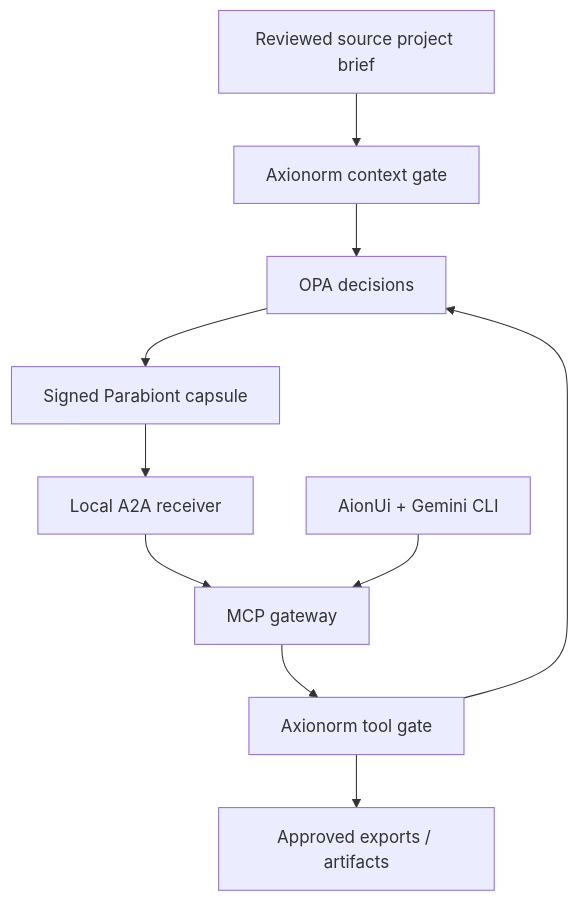
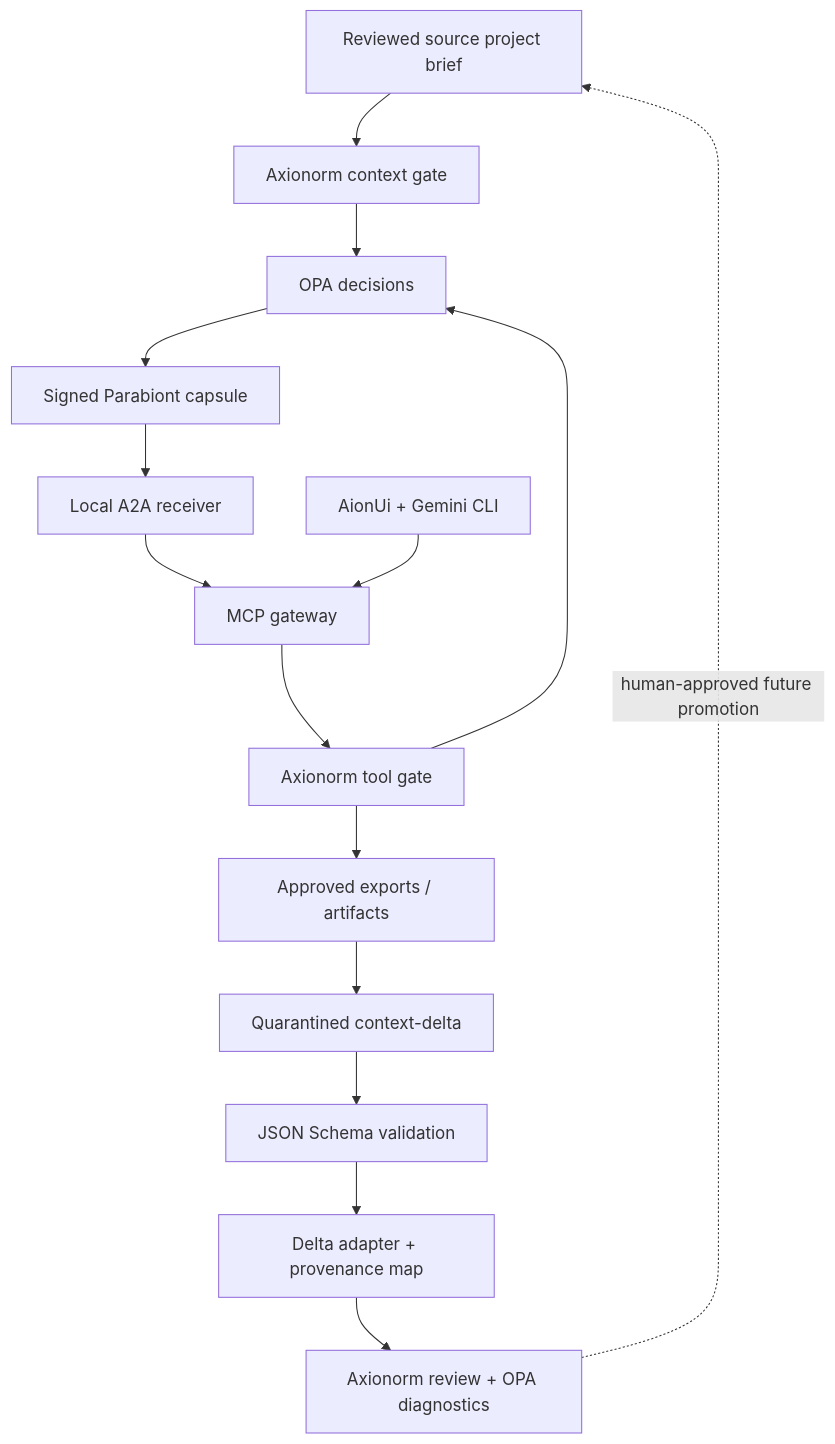
The diagram in docs/ARCHITECTURE.md (amiencoy/paralax-mcp), drawn with Mermaid before and after one commit. The commit also changed other lines of this file and 10 other files, not shown here.

Commit message:
feat: add governed context-delta return path

````diff
--- a/docs/ARCHITECTURE.md
+++ b/docs/ARCHITECTURE.md
@@ -3,12 +3,17 @@
 ```mermaid
 flowchart TD
   S["Reviewed source project brief"] --> X["Axionorm context gate"]
   X --> O["OPA decisions"]
   O --> P["Signed Parabiont capsule"]
   P --> A["Local A2A receiver"]
   A --> M["MCP gateway"]
   U["AionUi + Gemini CLI"] --> M
   M --> T["Axionorm tool gate"]
   T --> O
   T --> W["Approved exports / artifacts"]
+  W --> D["Quarantined context-delta"]
+  D --> V["JSON Schema validation"]
+  V --> R["Delta adapter + provenance map"]
+  R --> X2["Axionorm review + OPA diagnostics"]
+  X2 -. "human-approved future promotion" .-> S
 ```
````
